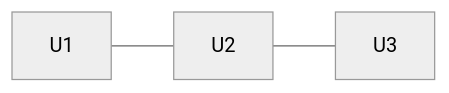
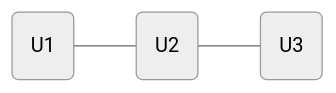
The second of 25 diagrams in lectures/lect-16-Graph.md (ruslylove/datastruct), drawn with Mermaid (neutral theme) before and after one commit. The commit also changed other lines of this file and 2 other files, not shown here.

````diff
--- a/lectures/lect-16-Graph.md
+++ b/lectures/lect-16-Graph.md
@@ -68,5 +68,5 @@
 ```mermaid
 graph LR
-    U1 --- U2
-    U2 --- U3
+    U1( U1) --- U2( U2 )
+    U2 --- U3( U3 )
 ```
````
